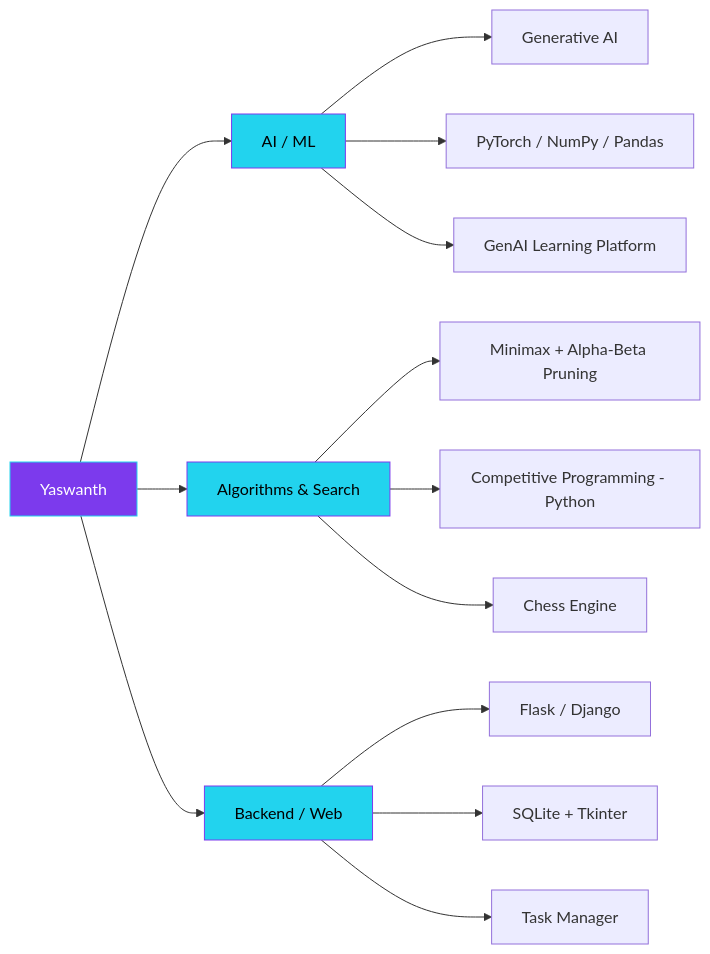
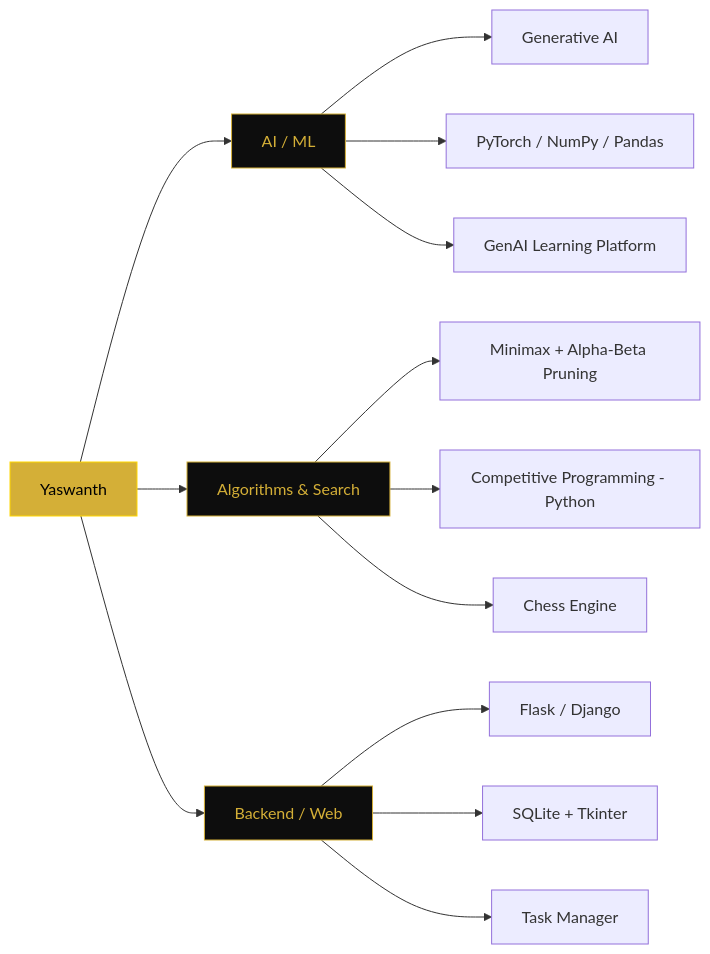
Before and after one commit to yashu440/yashu440: the diagram in README.md, drawn with Mermaid. The commit also changed other lines of this file, not shown here.

````diff
--- a/README.md
+++ b/README.md
@@ -83,23 +83,23 @@
 ```mermaid
 graph LR
     A[Yaswanth] --> B[AI / ML]
     A --> C[Algorithms & Search]
     A --> D[Backend / Web]
 
     B --> B1[Generative AI]
     B --> B2[PyTorch / NumPy / Pandas]
     B --> B3[GenAI Learning Platform]
 
     C --> C1[Minimax + Alpha-Beta Pruning]
     C --> C2[Competitive Programming - Python]
     C --> C3[Chess Engine]
 
     D --> D1[Flask / Django]
     D --> D2[SQLite + Tkinter]
     D --> D3[Task Manager]
 
-    style A fill:#7C3AED,stroke:#22D3EE,color:#fff
-    style B fill:#22D3EE,stroke:#7C3AED,color:#000
-    style C fill:#22D3EE,stroke:#7C3AED,color:#000
-    style D fill:#22D3EE,stroke:#7C3AED,color:#000
+    style A fill:#D4AF37,stroke:#FFD700,color:#000
+    style B fill:#0D0D0D,stroke:#D4AF37,color:#D4AF37
+    style C fill:#0D0D0D,stroke:#D4AF37,color:#D4AF37
+    style D fill:#0D0D0D,stroke:#D4AF37,color:#D4AF37
 ```
````
